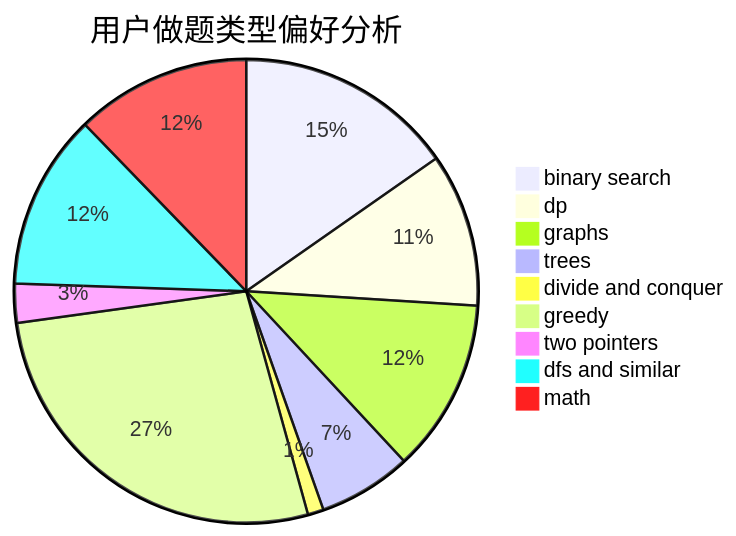
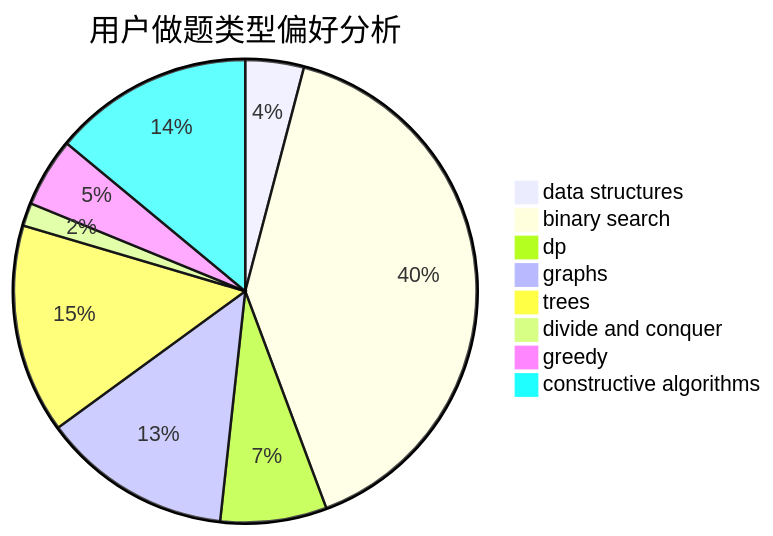
Before and after one commit to sherpahu/cfrs.github.io: the second of 3 diagrams in docs/user/u1948.md, drawn with Mermaid. The commit also changed other lines of this file and 2775 other files, not shown here.

````diff
--- a/docs/user/u1948.md
+++ b/docs/user/u1948.md
@@ -23,12 +23,11 @@
 ```mermaid
 pie title 用户做题类型偏好分析
-    "binary search" :  331
-    "dp" :  232
-    "graphs" :  262
-    "trees" :  141
-    "divide and conquer" :  24
-    "greedy" :  587
-    "two pointers" :  59
-    "dfs and similar" :  265
-    "math" :  265
+    "data structures" :  33
+    "binary search" :  325
+    "dp" :  60
+    "graphs" :  107
+    "trees" :  118
+    "divide and conquer" :  13
+    "greedy" :  39
+    "constructive algorithms" :  113
 ```
````
